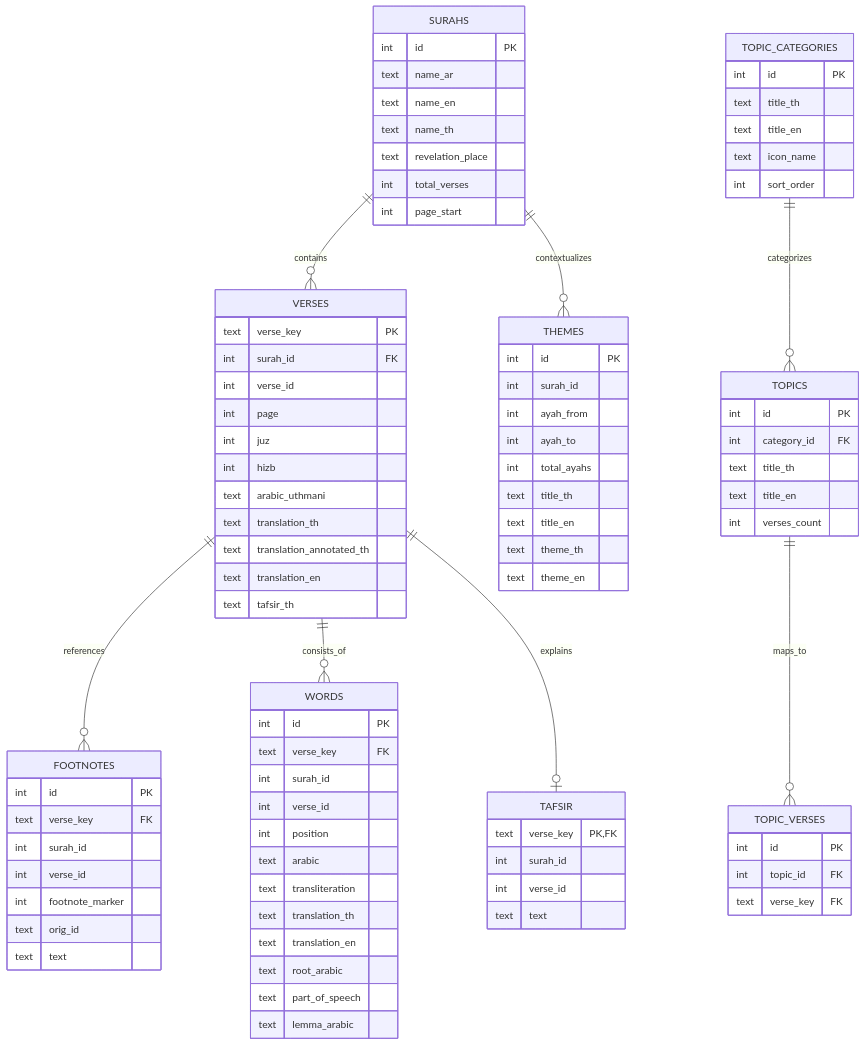
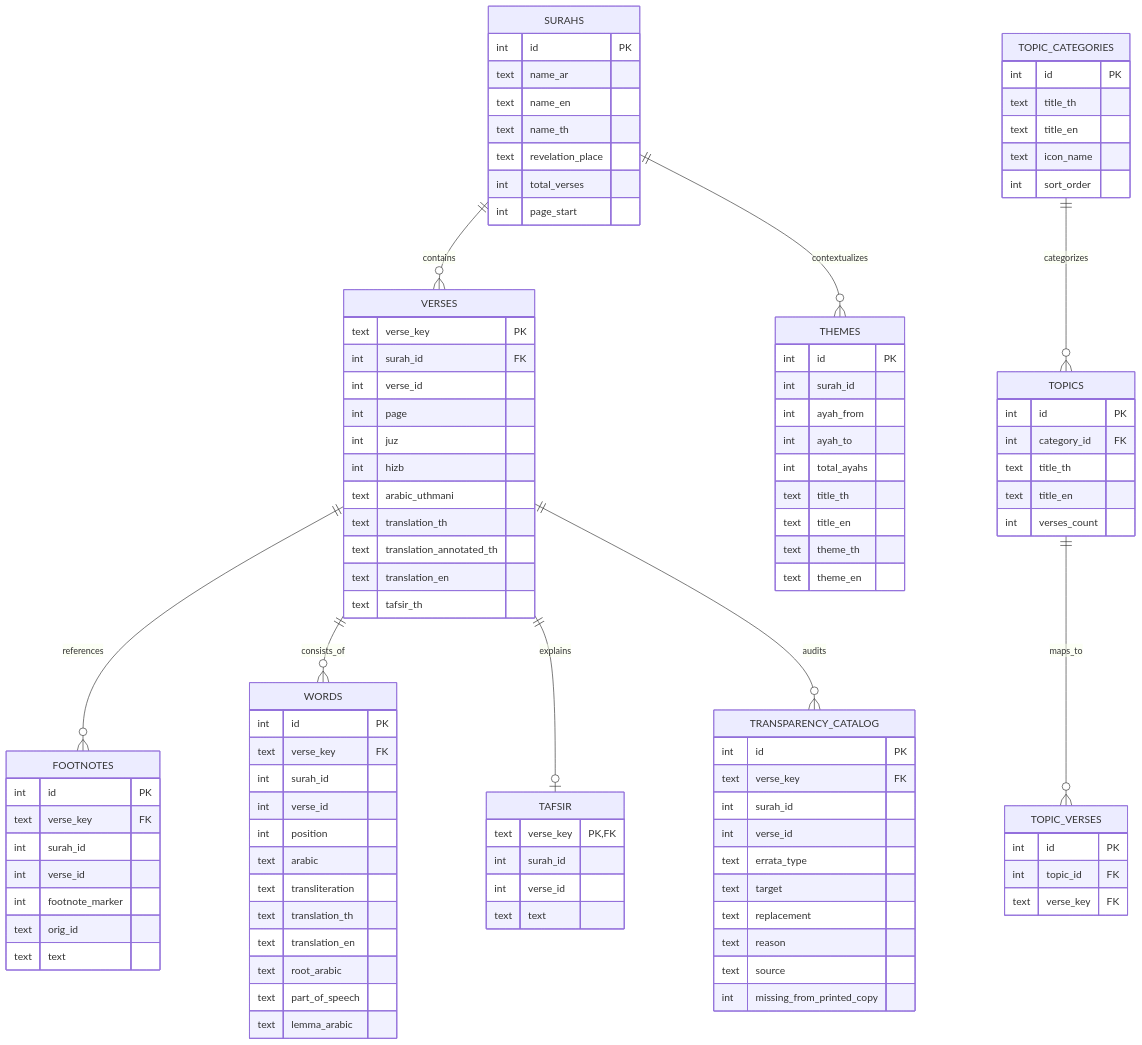
One commit to doxman13/thai-quran-master-data changed the diagram in SCHEMA.md. Above: the diagram before and after it, drawn with Mermaid. The commit also changed other lines of this file and 8 other files, not shown here.

Commit message:
feat: add academic transparency catalog in JSON, CSV, and SQLite formats

````diff
--- a/SCHEMA.md
+++ b/SCHEMA.md
@@ -13,6 +13,7 @@
     VERSES ||--o{ FOOTNOTES : references
     VERSES ||--o{ WORDS : consists_of
     VERSES ||--o| TAFSIR : explains
+    VERSES ||--o{ TRANSPARENCY_CATALOG : audits
     TOPICS ||--o{ TOPIC_VERSES : maps_to
     TOPIC_CATEGORIES ||--o{ TOPICS : categorizes
     SURAHS ||--o{ THEMES : contextualizes
@@ -106,4 +107,17 @@
         int topic_id FK
         text verse_key FK
     }
+
+    TRANSPARENCY_CATALOG {
+        int id PK
+        text verse_key FK
+        int surah_id
+        int verse_id
+        text errata_type
+        text target
+        text replacement
+        text reason
+        text source
+        int missing_from_printed_copy
+    }
 ```
````
